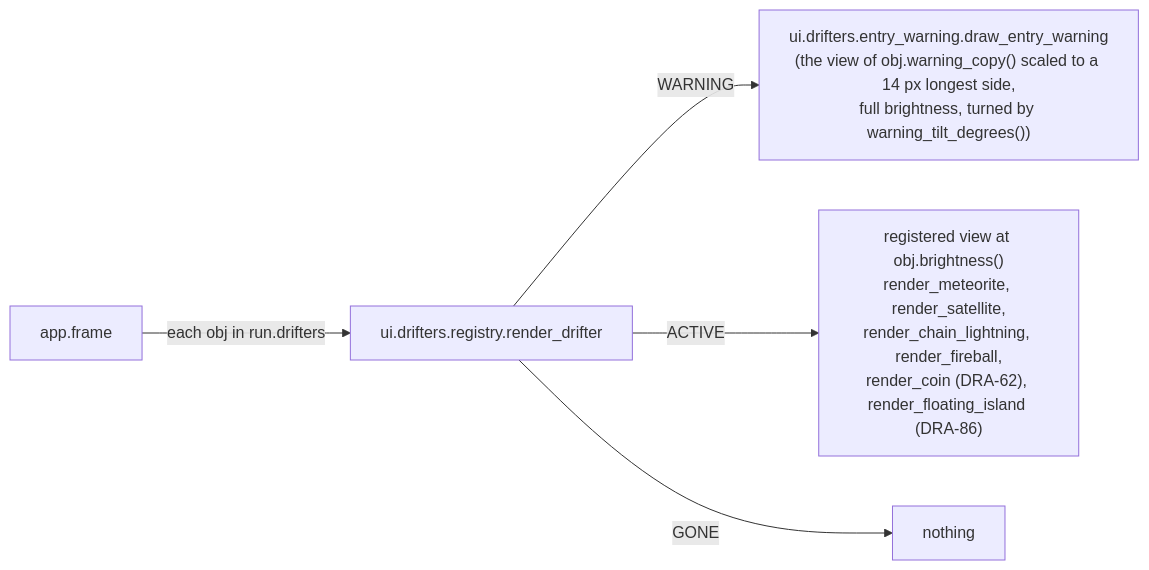
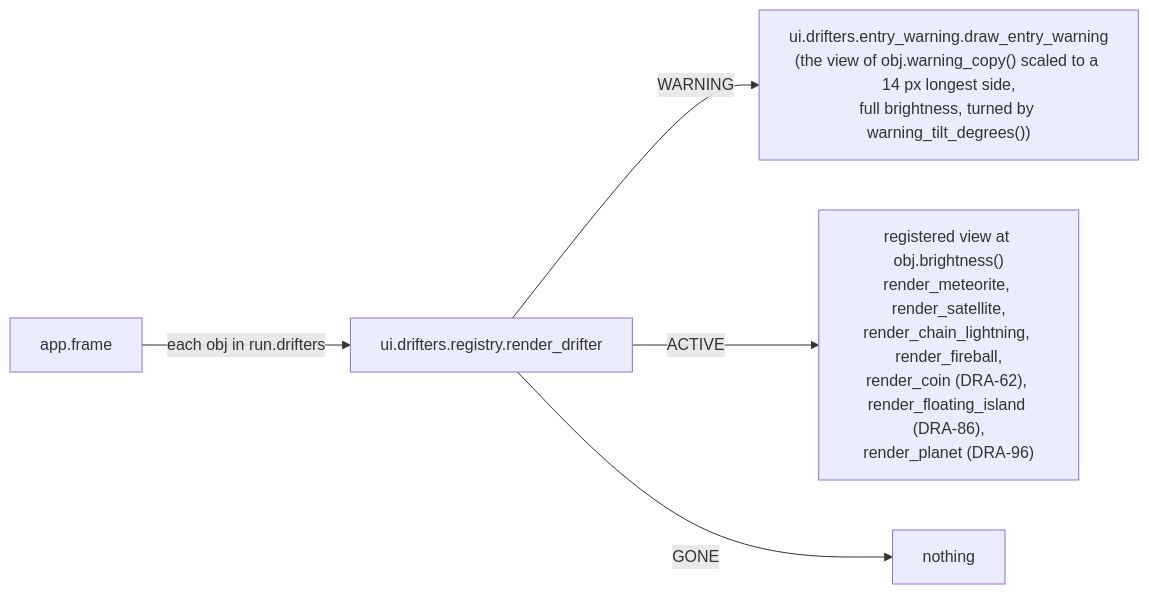
The sixth of 6 diagrams in docs/contracts/systems/drifters.md (david-mntl/driftward-ace), drawn with Mermaid before and after one commit. The commit also changed other lines of this file and 14 other files, not shown here.

Commit message:
docs(contracts): add DRA-96 planet tasks and tuning schema; update drifters, ship, run, app contracts and wave and debug spawn schemas

````diff
--- a/docs/contracts/systems/drifters.md
+++ b/docs/contracts/systems/drifters.md
@@ -345,7 +403,7 @@
 ```mermaid
 flowchart LR
   APP["app.frame"] -- "each obj in run.drifters" --> R["ui.drifters.registry.render_drifter"]
   R -- "WARNING" --> W["ui.drifters.entry_warning.draw_entry_warning<br/>(the view of obj.warning_copy() scaled to a 14 px longest side,<br/>full brightness, turned by warning_tilt_degrees())"]
-  R -- "ACTIVE" --> V["registered view at obj.brightness()<br/>render_meteorite, render_satellite,<br/>render_chain_lightning, render_fireball,<br/>render_coin (DRA-62), render_floating_island (DRA-86)"]
+  R -- "ACTIVE" --> V["registered view at obj.brightness()<br/>render_meteorite, render_satellite,<br/>render_chain_lightning, render_fireball,<br/>render_coin (DRA-62), render_floating_island (DRA-86),<br/>render_planet (DRA-96)"]
   R -- "GONE" --> N["nothing"]
 ```
````
